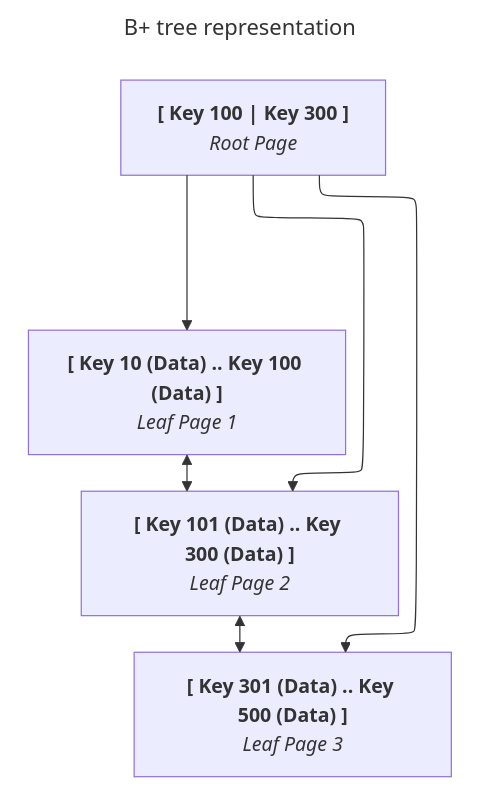
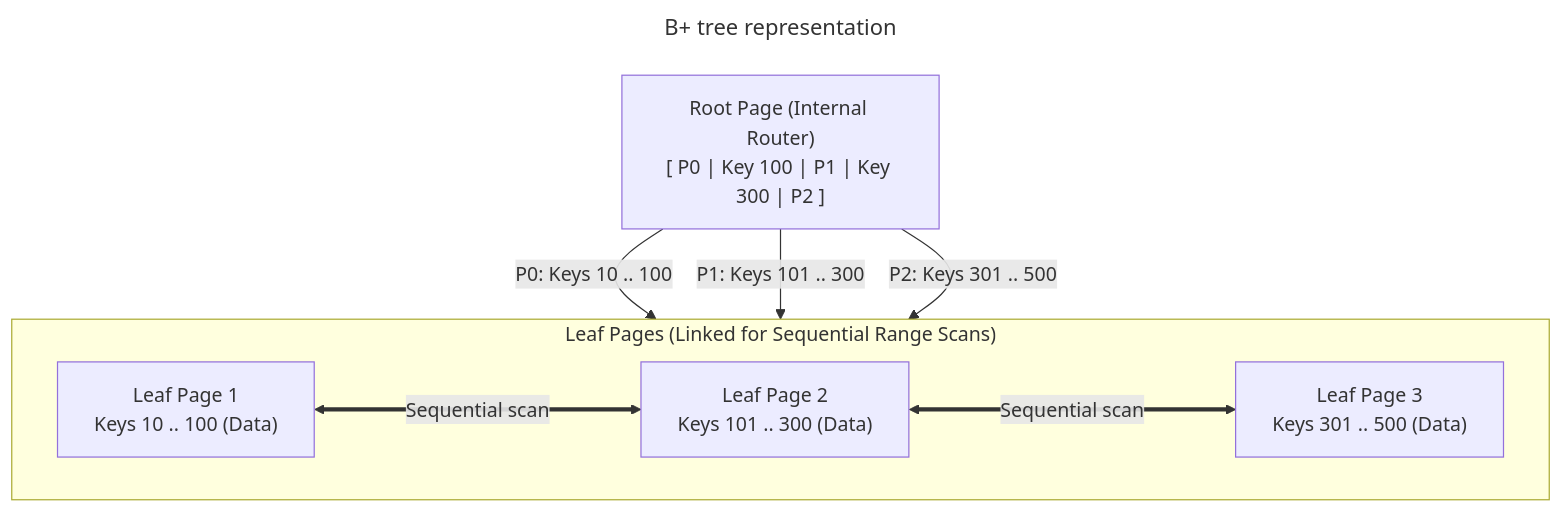
One commit to VineethChivukula/dedocs changed the second of 4 diagrams in content/sql/indexing-internals.md. Above: the diagram before and after it, drawn with Mermaid. The commit also changed other lines of this file and 1 other file, not shown here.

Commit message:
Diagrams Enhancement

````diff
--- a/content/sql/indexing-internals.md
+++ b/content/sql/indexing-internals.md
@@ -61,29 +66,21 @@
 ```mermaid
 ---
 title: B+ tree representation
-config:
-  layout: elk
 ---
-graph TD
-    %% Root Node
-    Root["<b>[ Key 100 | Key 300 ]</b><br/><i>Root Page</i>"]
+flowchart TD
+    Root["Root Page (Internal Router)<br/>[ P0 | Key 100 | P1 | Key 300 | P2 ]"]
 
-    %% Leaf nodes defined inside an LR subgraph
-    subgraph LeafLevel [" "]
+    subgraph LeafLevel ["Leaf Pages (Linked for Sequential Range Scans)"]
         direction LR
-        Leaf1["<b>[ Key 10 (Data) .. Key 100 (Data) ]</b><br/><i>Leaf Page 1</i>"]
-        Leaf2["<b>[ Key 101 (Data) .. Key 300 (Data) ]</b><br/><i>Leaf Page 2</i>"]
-        Leaf3["<b>[ Key 301 (Data) .. Key 500 (Data) ]</b><br/><i>Leaf Page 3</i>"]
+        Leaf1["Leaf Page 1<br/>Keys 10 .. 100 (Data)"]
+        Leaf2["Leaf Page 2<br/>Keys 101 .. 300 (Data)"]
+        Leaf3["Leaf Page 3<br/>Keys 301 .. 500 (Data)"]
 
-        %% Single bidirectional links for sequential scan
-        Leaf1 <--> Leaf2 <--> Leaf3
+        Leaf1 <===>|"Sequential scan"| Leaf2
+        Leaf2 <===>|"Sequential scan"| Leaf3
     end
 
-    %% Parent-to-child routing
-    Root --> Leaf1
-    Root --> Leaf2
-    Root --> Leaf3
-
-    %% Make subgraph wrapper invisible
-    style LeafLevel fill:none,stroke:none;
+    Root -->|"P0: Keys 10 .. 100"| Leaf1
+    Root -->|"P1: Keys 101 .. 300"| Leaf2
+    Root -->|"P2: Keys 301 .. 500"| Leaf3
 ```
````
